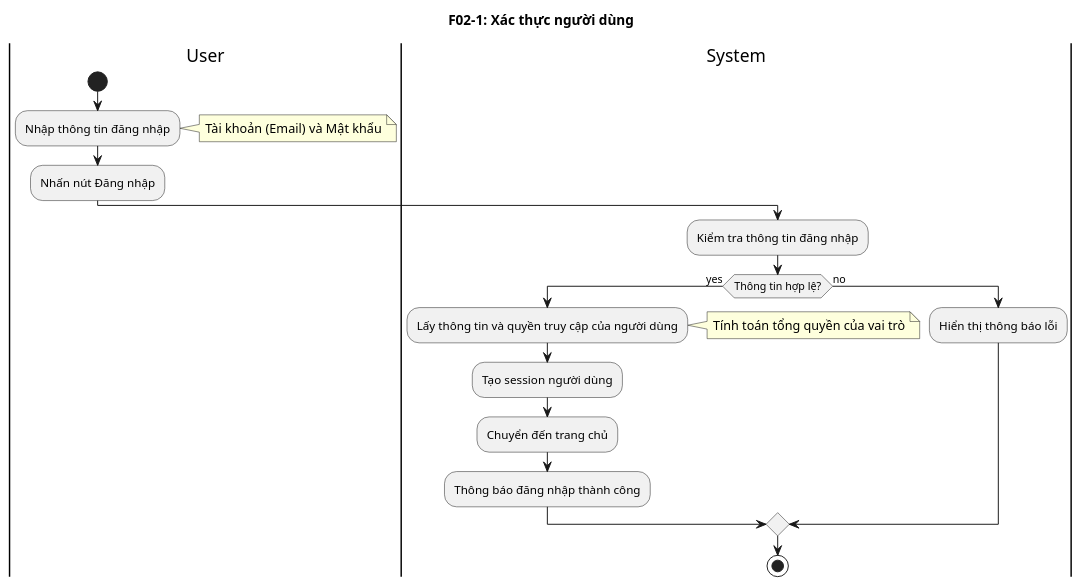
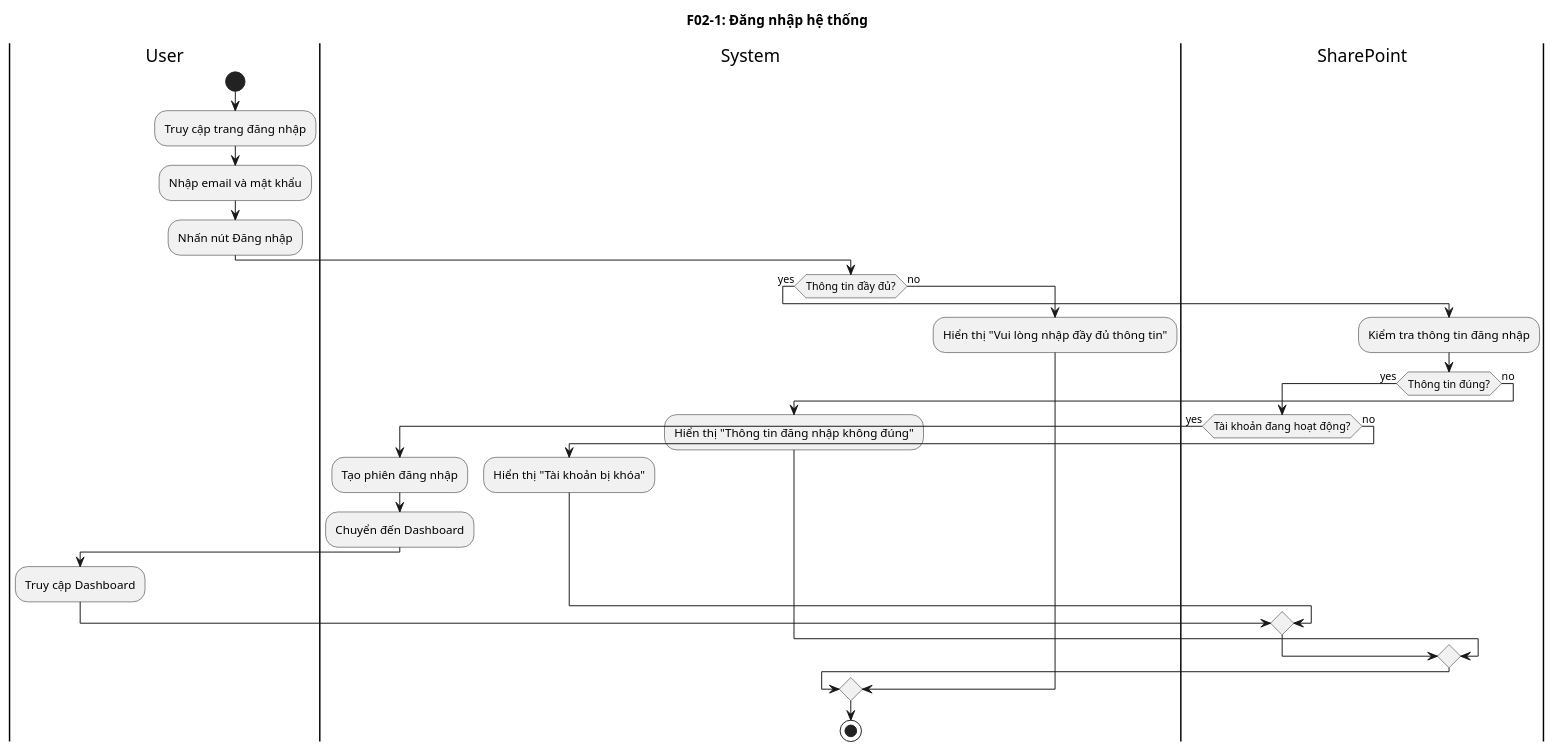
The second of 22 diagrams in complete_activity_diagrams.puml (hoangh-e/PowerAppp_AppNghiPhep), drawn with PlantUML before and after one commit. The commit also changed other lines of this file and 20 other files, not shown here.

```diff
--- a/complete_activity_diagrams.puml
+++ b/complete_activity_diagrams.puml
@@ -114,20 +22,33 @@
-@startuml F02_Authentication
-title F02-1: Xác thực người dùng
+@startuml F02_1_Login
+title F02-1: Đăng nhập hệ thống
+
 |User|
 start
-:Nhập thông tin đăng nhập;
-note right: Tài khoản (Email) và Mật khẩu
+:Truy cập trang đăng nhập;
+:Nhập email và mật khẩu;
 :Nhấn nút Đăng nhập;
+
 |System|
-:Kiểm tra thông tin đăng nhập;
-if (Thông tin hợp lệ?) then (yes)
-  :Lấy thông tin và quyền truy cập của người dùng;
-  note right: Tính toán tổng quyền của vai trò
-  :Tạo session người dùng;
-  :Chuyển đến trang chủ;
-  :Thông báo đăng nhập thành công;
+if (Thông tin đầy đủ?) then (yes)
+  |SharePoint|
+  :Kiểm tra thông tin đăng nhập;
+  if (Thông tin đúng?) then (yes)
+    if (Tài khoản đang hoạt động?) then (yes)
+      |System|
+      :Tạo phiên đăng nhập;
+      :Chuyển đến Dashboard;
+      |User|
+      :Truy cập Dashboard;
+    else (no)
+      |System|
+      :Hiển thị "Tài khoản bị khóa";
+    endif
+  else (no)
+    |System|
+    :Hiển thị "Thông tin đăng nhập không đúng";
+  endif
 else (no)
-  :Hiển thị thông báo lỗi;
+  :Hiển thị "Vui lòng nhập đầy đủ thông tin";
 endif
 stop
 @enduml
```
